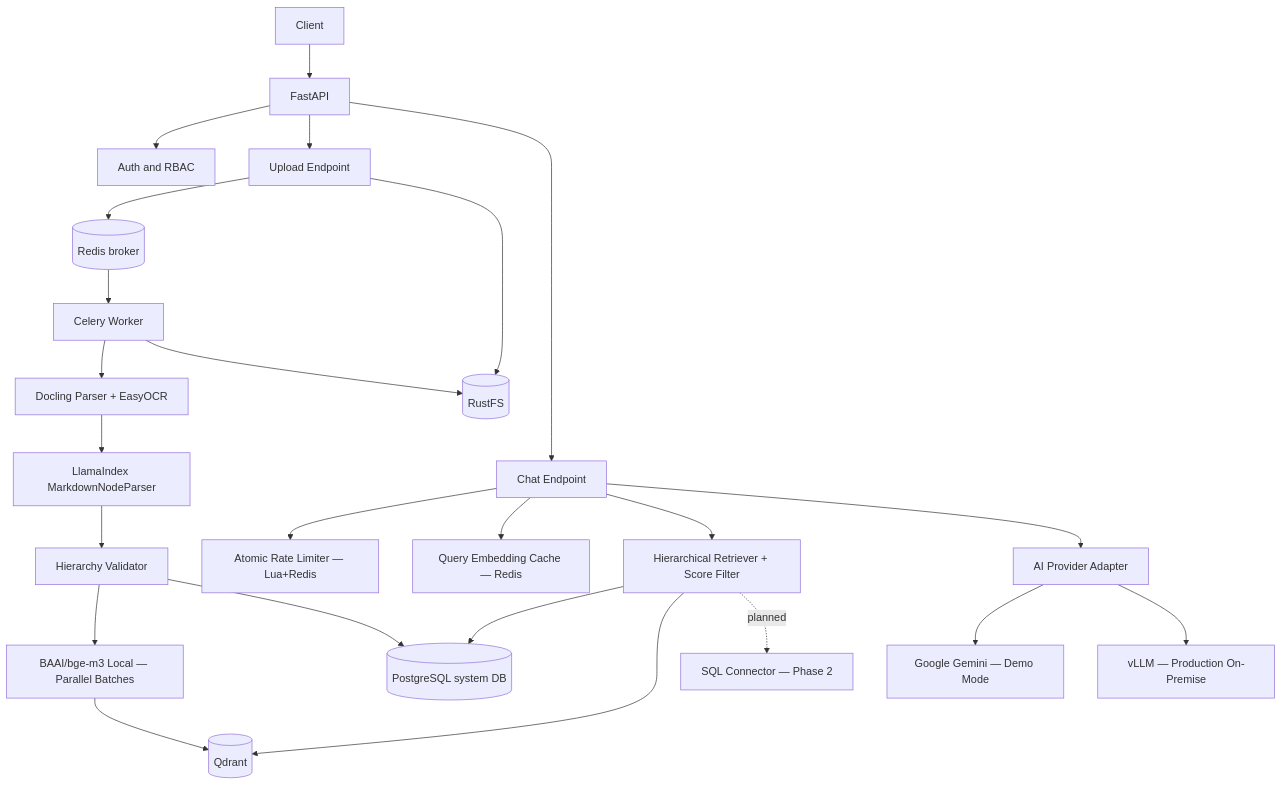
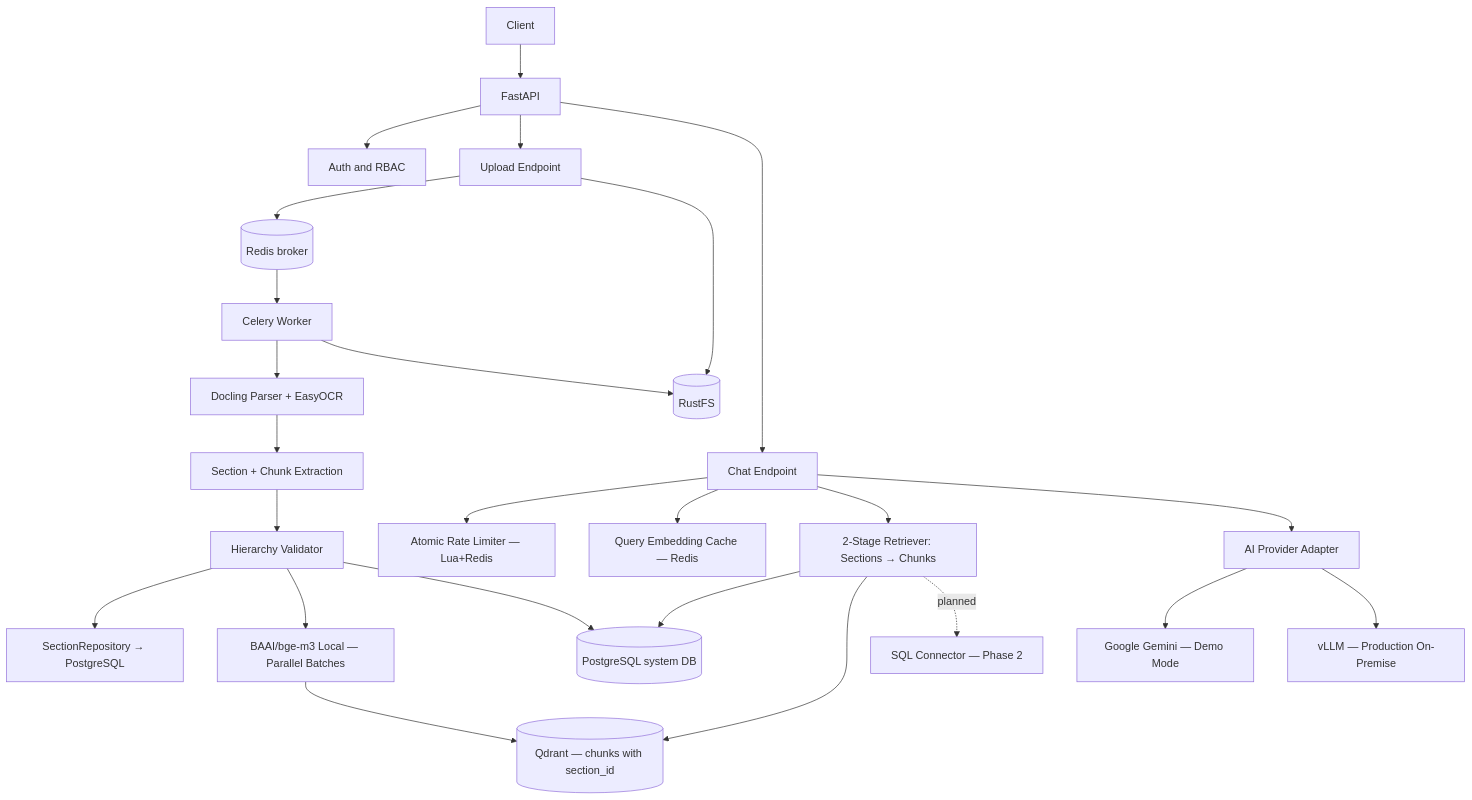
Before and after one commit to qtuanph/chatbot-rag: the diagram in docs/01_SYSTEM_ARCHITECTURE.md, drawn with Mermaid. The commit also changed other lines of this file and 91 other files, not shown here.

````diff
--- a/docs/01_SYSTEM_ARCHITECTURE.md
+++ b/docs/01_SYSTEM_ARCHITECTURE.md
@@ -24,30 +24,31 @@
 ```mermaid
 graph TD
     Client[Client] --> API[FastAPI]
     API --> Auth[Auth and RBAC]
     API --> Upload[Upload Endpoint]
     API --> Chat[Chat Endpoint]
 
     Upload --> Redis[(Redis broker)]
     Redis --> Worker[Celery Worker]
 
     Worker --> Parser[Docling Parser + EasyOCR]
-    Parser --> NodeParser[LlamaIndex MarkdownNodeParser]
-    NodeParser --> Validator[Hierarchy Validator]
+    Parser --> SectionExtractor[Section + Chunk Extraction]
+    SectionExtractor --> Validator[Hierarchy Validator]
+    Validator --> SectionStore[SectionRepository → PostgreSQL]
     Validator --> Embedder[BAAI/bge-m3 Local — Parallel Batches]
-    Embedder --> Qdrant[(Qdrant)]
+    Embedder --> Qdrant[(Qdrant — chunks with section_id)]
     Validator --> PG[(PostgreSQL system DB)]
 
     Upload --> RustFS[(RustFS)]
     Worker --> RustFS
 
     Chat --> Throttle[Atomic Rate Limiter — Lua+Redis]
     Chat --> QueryCache[Query Embedding Cache — Redis]
-    Chat --> Retriever[Hierarchical Retriever + Score Filter]
+    Chat --> Retriever[2-Stage Retriever: Sections → Chunks]
     Retriever --> PG
     Retriever --> Qdrant
     Retriever -. planned -.-> SQLConnector[SQL Connector — Phase 2]
     Chat --> LLM[AI Provider Adapter]
     LLM --> Google[Google Gemini — Demo Mode]
     LLM --> vLLM[vLLM — Production On-Premise]
 ```
````
